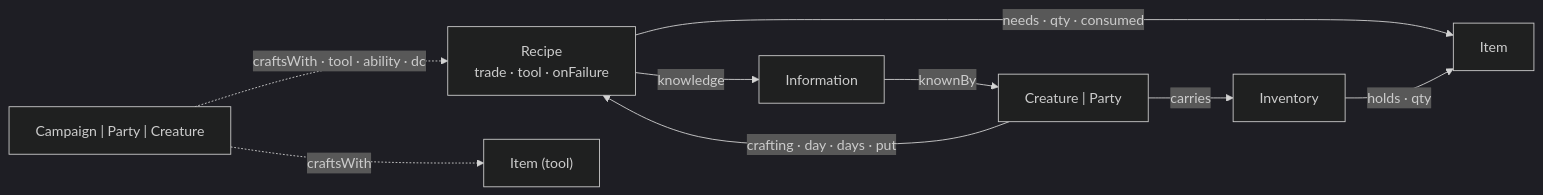
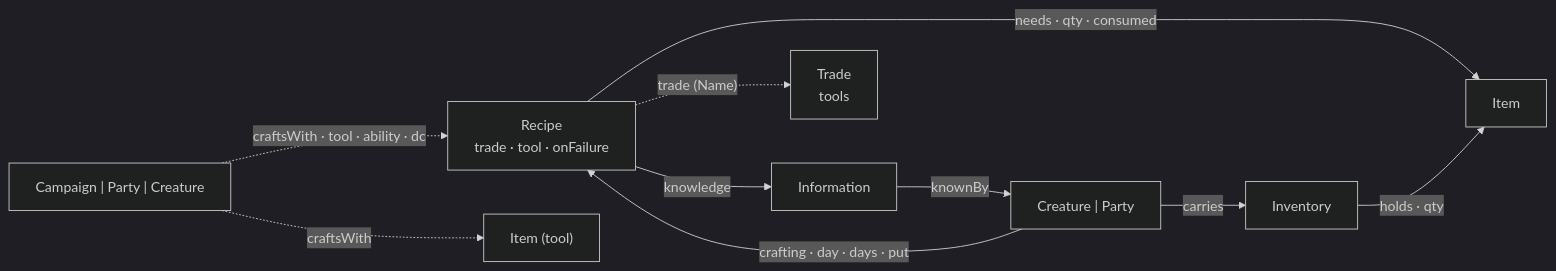
One commit to Mrfudog/Atlas-Mentis changed diagram 15 of 22 in docs/Datenmodell.md. Above: the diagram before and after it, drawn with Mermaid (dark theme). The commit also changed other lines of this file and 11 other files, not shown here.

````diff
--- a/docs/Datenmodell.md
+++ b/docs/Datenmodell.md
@@ -1086,10 +1086,11 @@
 ```mermaid
 flowchart LR
   R["Recipe<br/>trade · tool · onFailure"] -- "knowledge" --> I["Information"]
+  R -. "trade (Name)" .-> B["Trade<br/>tools"]
   I -- "knownBy" --> F["Creature | Party"]
   R -- "needs · qty · consumed" --> M["Item"]
   F -- "crafting · day · days · put" --> R
   F -- "carries" --> Inv["Inventory"] -- "holds · qty" --> M
   K["Campaign | Party | Creature"] -. "craftsWith · tool · ability · dc" .-> R
   K -. "craftsWith" .-> T["Item (tool)"]
 ```
````
